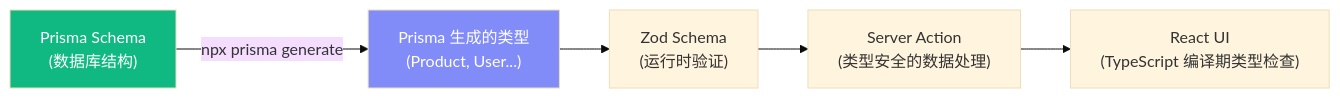
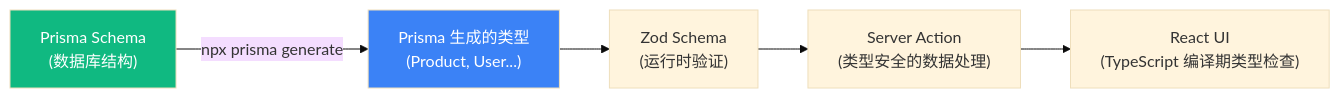
The third of 3 diagrams in docs/Lesson_20.md (boltguo/react_learn), drawn with Mermaid (base theme) before and after one commit. The commit also changed other lines of this file and 31 other files, not shown here.

Commit message:
docs: 统一Mermaid术语与配色层级

````diff
--- a/docs/Lesson_20.md
+++ b/docs/Lesson_20.md
@@ -330,11 +342,11 @@
 ```mermaid
 flowchart LR
     Prisma["Prisma Schema<br/>(数据库结构)"]
     Prisma -->|"npx prisma generate"| Types["Prisma 生成的类型<br/>(Product, User...)"]
     Types --> Zod["Zod Schema<br/>(运行时验证)"]
     Zod --> Action["Server Action<br/>(类型安全的数据处理)"]
     Action --> UI["React UI<br/>(TypeScript 编译期类型检查)"]
     
     style Prisma fill:#10b981,color:#fff
-    style Types fill:#818cf8,color:#fff
+    style Types fill:#3b82f6,color:#fff
 ```
````
